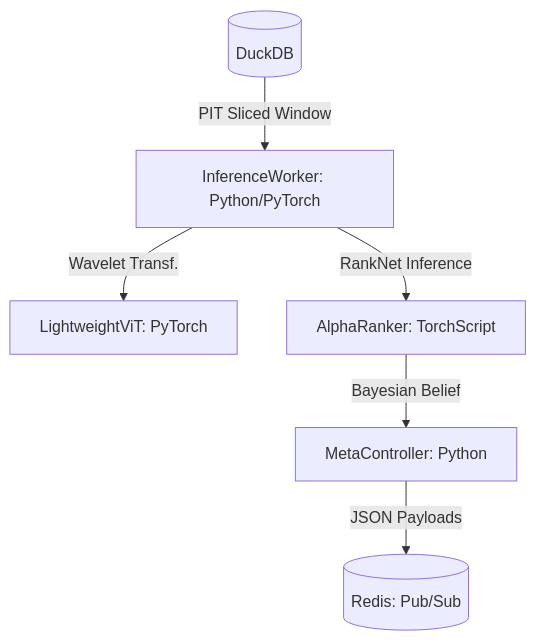
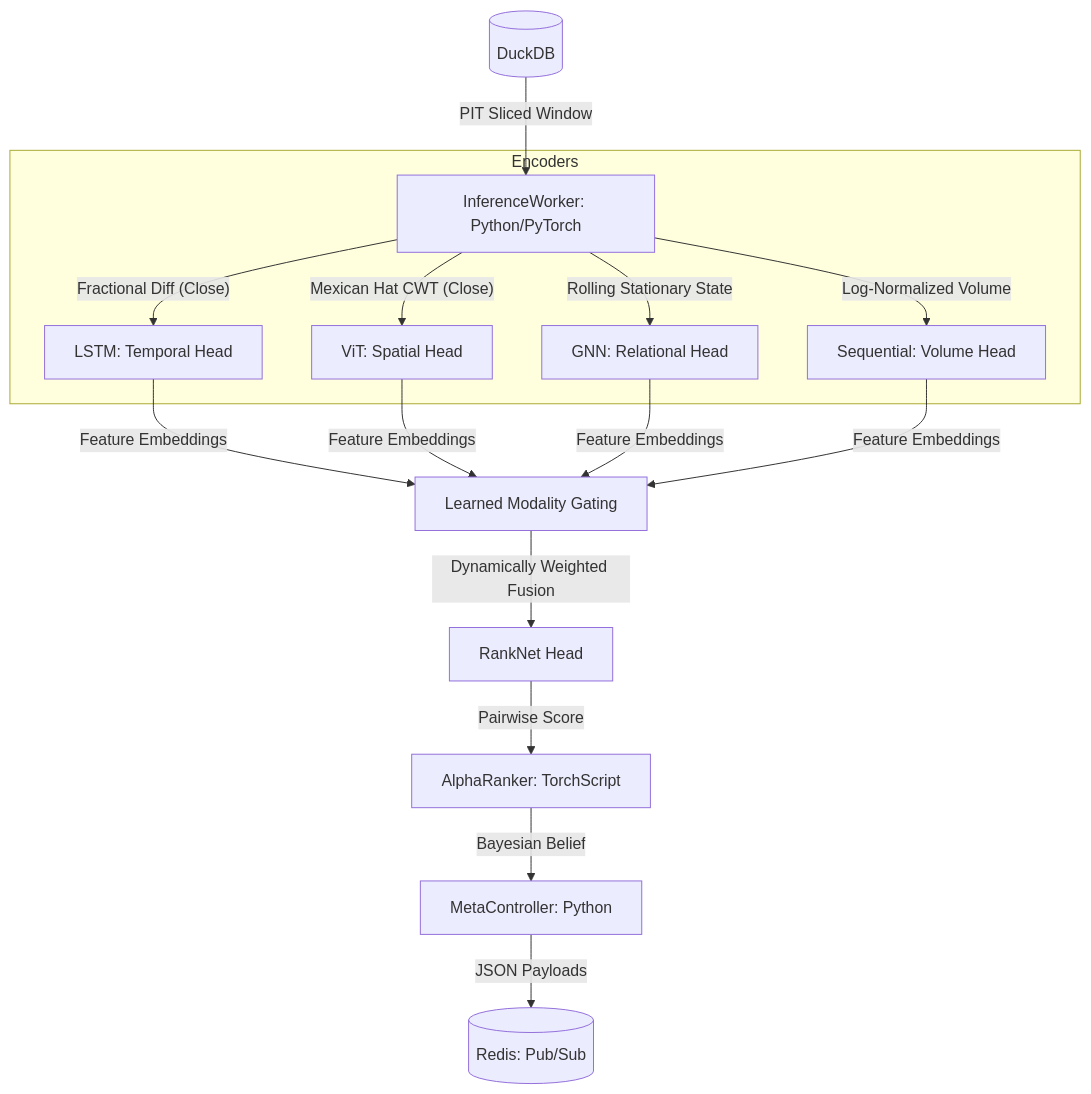
The second of 4 diagrams in docs/ARCHITECTURE_DIAGRAMS.md (abhishek-jana/QTS2026), drawn with Mermaid before and after one commit. The commit also changed other lines of this file and 3 other files, not shown here.

Commit message:
Docs: Synchronized all architectural diagrams, research logs, and PRDs with the Quad-Modality Gating baseline.

````diff
--- a/docs/ARCHITECTURE_DIAGRAMS.md
+++ b/docs/ARCHITECTURE_DIAGRAMS.md
@@ -12,8 +12,18 @@
 ```mermaid
 graph TD
     A[(DuckDB)] -- "PIT Sliced Window" --> B[InferenceWorker: Python/PyTorch]
-    B -- Wavelet Transf. --> C[LightweightViT: PyTorch]
-    B -- RankNet Inference --> D[AlphaRanker: TorchScript]
-    D -- Bayesian Belief --> E[MetaController: Python]
-    E -- JSON Payloads --> F[(Redis: Pub/Sub)]
+    
+    subgraph Encoders
+        B -- "Fractional Diff (Close)" --> C1[LSTM: Temporal Head]
+        B -- "Mexican Hat CWT (Close)" --> C2[ViT: Spatial Head]
+        B -- "Rolling Stationary State" --> C3[GNN: Relational Head]
+        B -- "Log-Normalized Volume" --> C4[Sequential: Volume Head]
+    end
+    
+    C1 & C2 & C3 & C4 -- "Feature Embeddings" --> D[Learned Modality Gating]
+    D -- "Dynamically Weighted Fusion" --> E[RankNet Head]
+    E -- "Pairwise Score" --> F[AlphaRanker: TorchScript]
+    
+    F -- Bayesian Belief --> G[MetaController: Python]
+    G -- JSON Payloads --> H[(Redis: Pub/Sub)]
 ```
````
